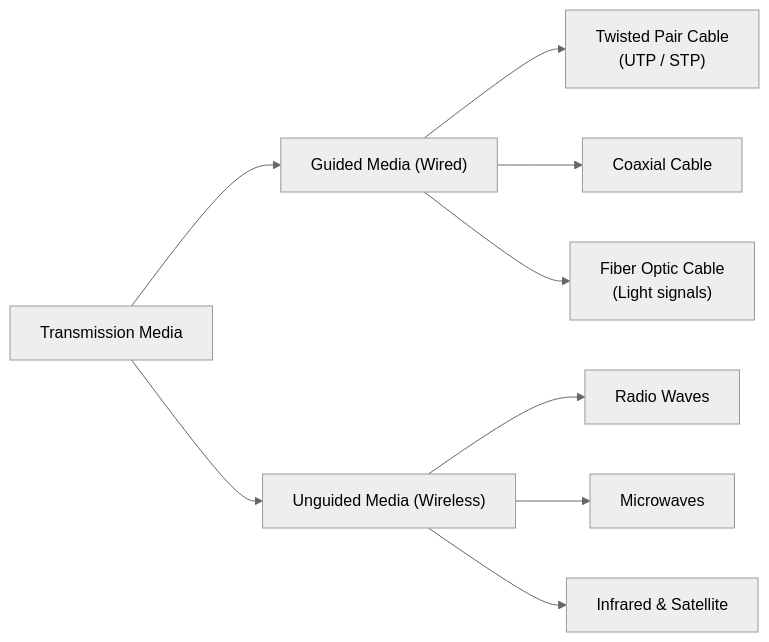
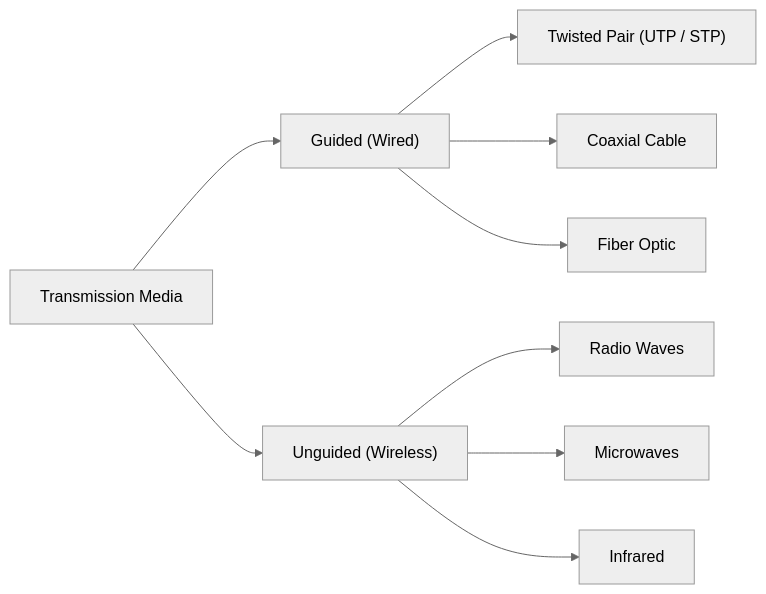
Before and after one commit to zenyyxz/Zen_dx-Notes: the diagram in 03 - ICT/Lesson 06 - Data Communication & Networking.md, drawn with Mermaid (neutral theme). The commit also changed other lines of this file and 1 other file, not shown here.

````diff
--- a/03 - ICT/Lesson 06 - Data Communication & Networking.md
+++ b/03 - ICT/Lesson 06 - Data Communication & Networking.md
@@ -41,15 +94,17 @@
 ```mermaid
 graph LR
     TM["Transmission Media"]
+    G["Guided (Wired)"]
+    UG["Unguided (Wireless)"]
     
-    TM --> G["Guided Media (Wired)"]
-    TM --> UG["Unguided Media (Wireless)"]
+    TM --> G
+    TM --> UG
     
-    G --> TP["Twisted Pair Cable<br>(UTP / STP)"]
+    G --> TP["Twisted Pair (UTP / STP)"]
     G --> Coax["Coaxial Cable"]
-    G --> FO["Fiber Optic Cable<br>(Light signals)"]
+    G --> FO["Fiber Optic"]
     
     UG --> Radio["Radio Waves"]
     UG --> Micro["Microwaves"]
-    UG --> Infra["Infrared & Satellite"]
+    UG --> Infra["Infrared"]
 ```
````
